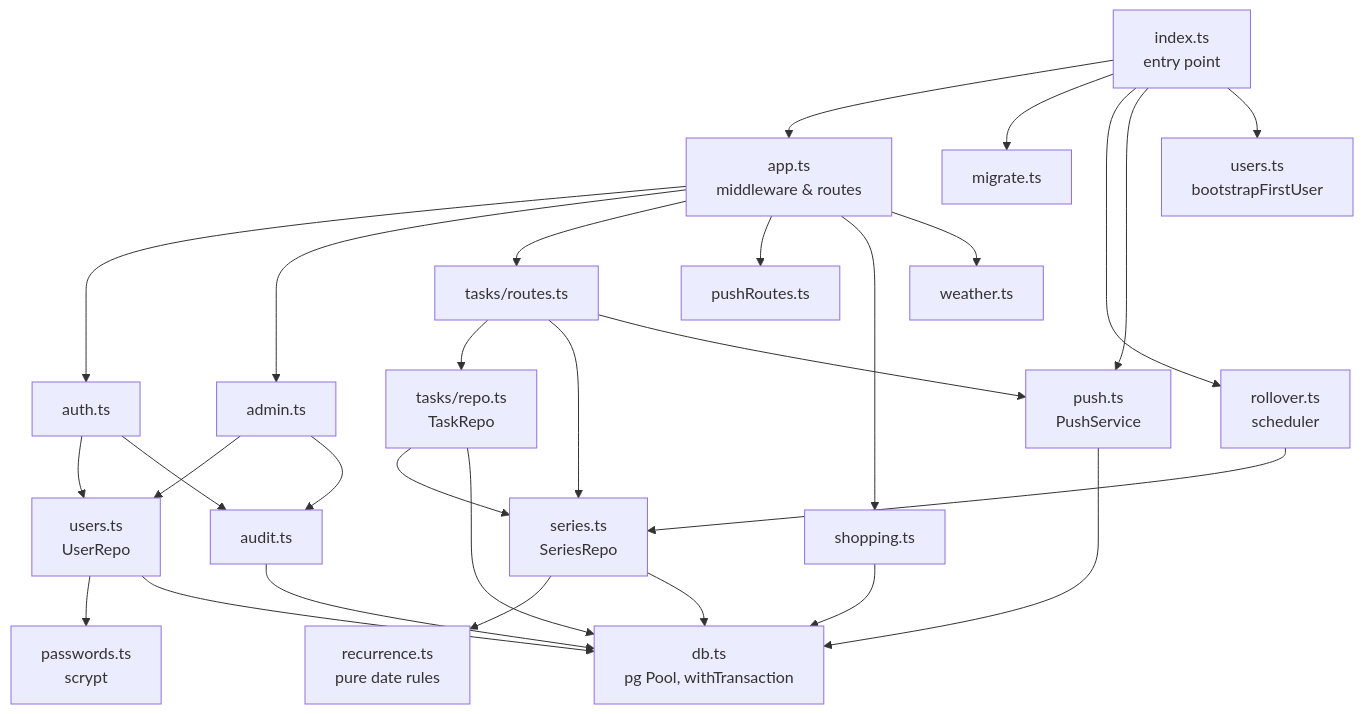
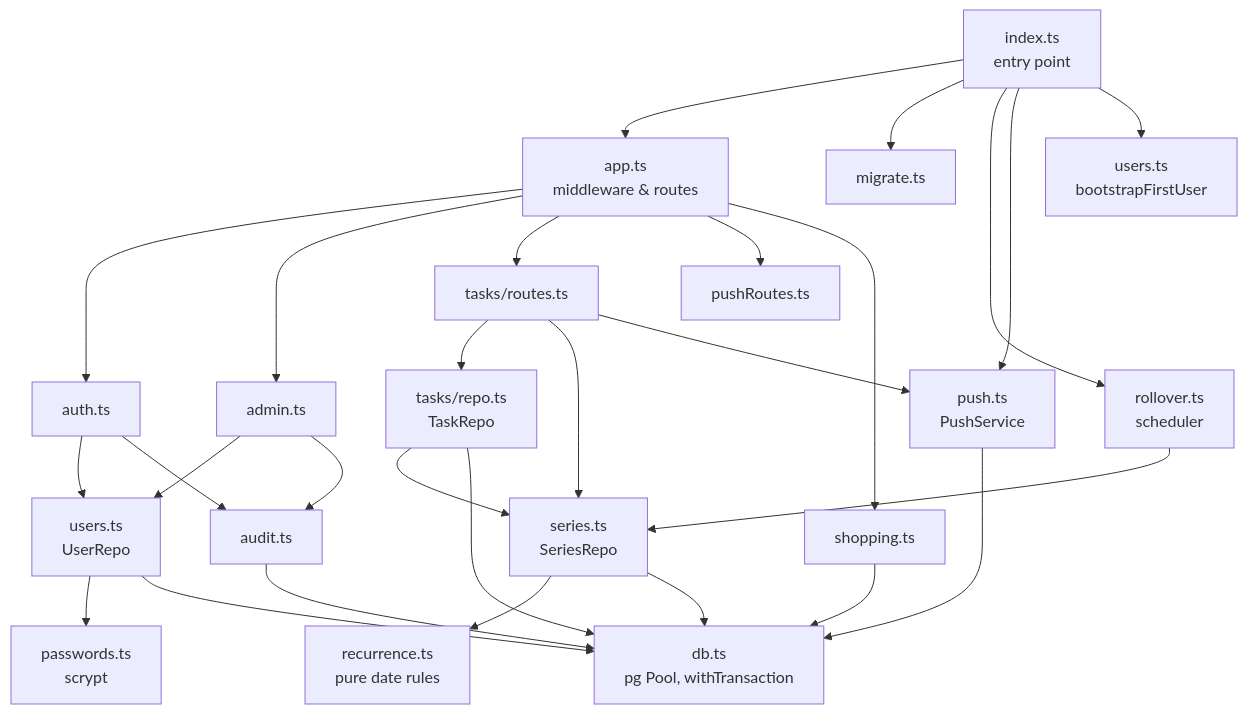
One commit to jaaseru/questlog changed the third of 4 diagrams in docs/architecture.md. Above: the diagram before and after it, drawn with Mermaid. The commit also changed other lines of this file and 26 other files, not shown here.

````diff
--- a/docs/architecture.md
+++ b/docs/architecture.md
@@ -91,30 +87,29 @@
 ```mermaid
 flowchart TD
   index["index.ts<br/>entry point"] --> app["app.ts<br/>middleware & routes"]
   index --> migrate["migrate.ts"]
   index --> rollover["rollover.ts<br/>scheduler"]
   index --> pushsvc["push.ts<br/>PushService"]
   index --> usersb["users.ts<br/>bootstrapFirstUser"]
 
   app --> auth["auth.ts"]
   app --> admin["admin.ts"]
   app --> taskroutes["tasks/routes.ts"]
   app --> pushroutes["pushRoutes.ts"]
   app --> shopping["shopping.ts"]
-  app --> weather["weather.ts"]
 
   taskroutes --> taskrepo["tasks/repo.ts<br/>TaskRepo"]
   taskroutes --> series["series.ts<br/>SeriesRepo"]
   taskroutes --> pushsvc
   taskrepo --> series
   rollover --> series
   series --> recurrence["recurrence.ts<br/>pure date rules"]
 
   auth --> users["users.ts<br/>UserRepo"]
   auth --> audit["audit.ts"]
   admin --> users
   admin --> audit
   users --> passwords["passwords.ts<br/>scrypt"]
 
   taskrepo & series & users & audit & shopping & pushsvc --> db["db.ts<br/>pg Pool, withTransaction"]
 ```
````
